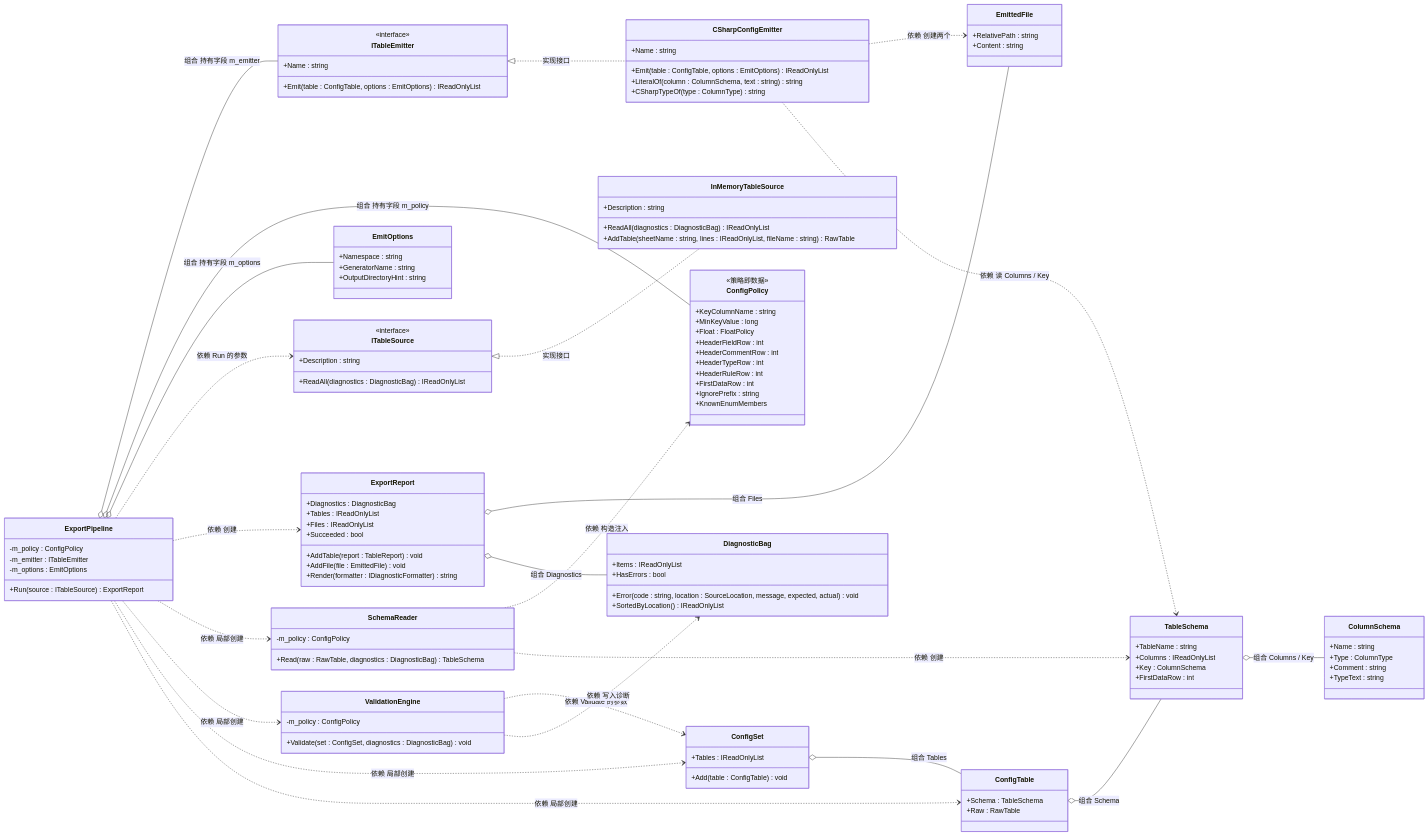
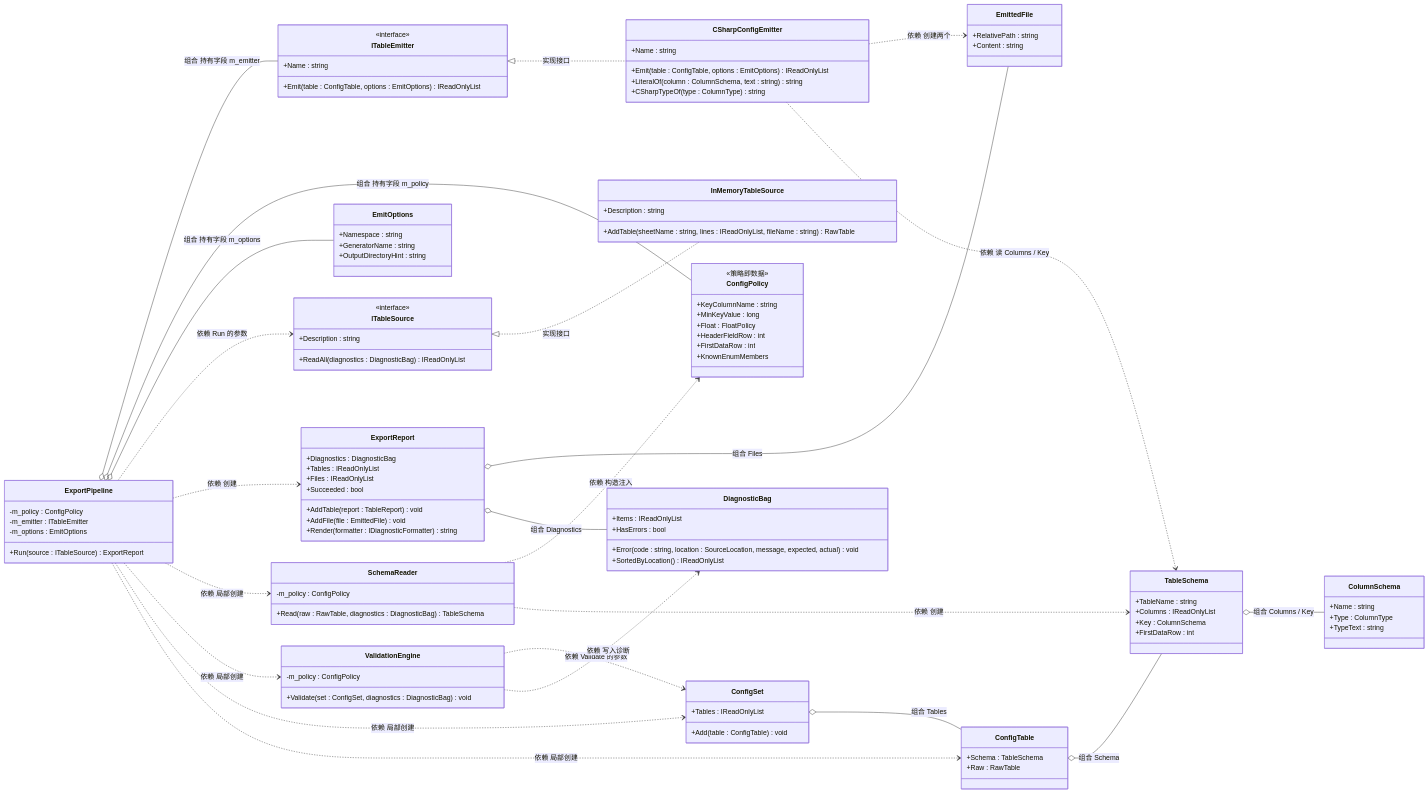
The first of 2 diagrams in Docs/教学/C2-配置表工具.md (FridayNoob/NBC-3D-Networked-Battle), drawn with Mermaid before and after one commit. The commit also changed other lines of this file and 3 other files, not shown here.

First line of the commit message:
docs(教学): A9/B2-B3/C2/C4 配图定稿 —— 精简类图成员 + 措辞修订（结构不变：类图 + 数据流图 + 易错表）

```diff
--- a/Docs/教学/C2-配置表工具.md
+++ b/Docs/教学/C2-配置表工具.md
@@ -615,7 +614,6 @@
 
     class InMemoryTableSource {
         +Description : string
-        +ReadAll(diagnostics : DiagnosticBag) IReadOnlyList
         +AddTable(sheetName : string, lines : IReadOnlyList, fileName : string) RawTable
     }
 
@@ -675,7 +673,6 @@
     class ColumnSchema {
         +Name : string
         +Type : ColumnType
-        +Comment : string
         +TypeText : string
     }
 
@@ -707,11 +704,7 @@
         +MinKeyValue : long
         +Float : FloatPolicy
         +HeaderFieldRow : int
-        +HeaderCommentRow : int
-        +HeaderTypeRow : int
-        +HeaderRuleRow : int
         +FirstDataRow : int
-        +IgnorePrefix : string
         +KnownEnumMembers
     }
 
```
